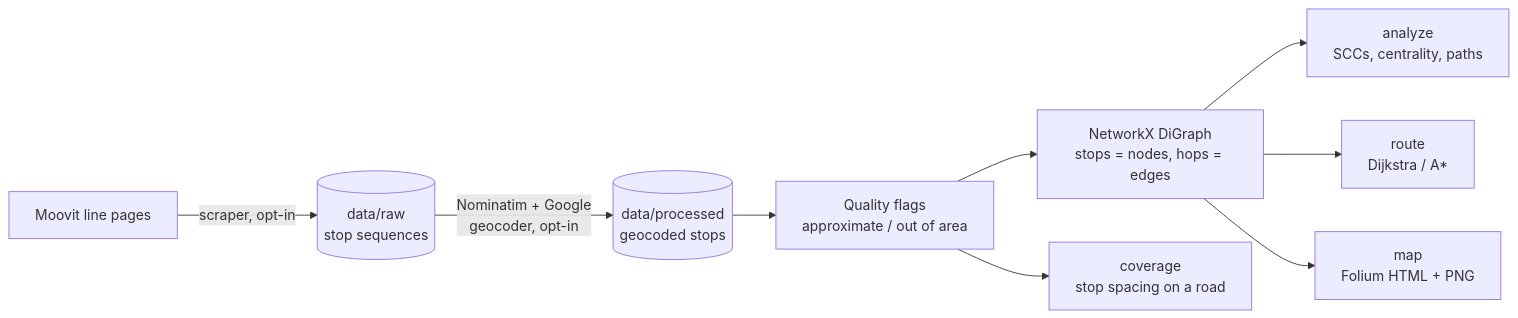
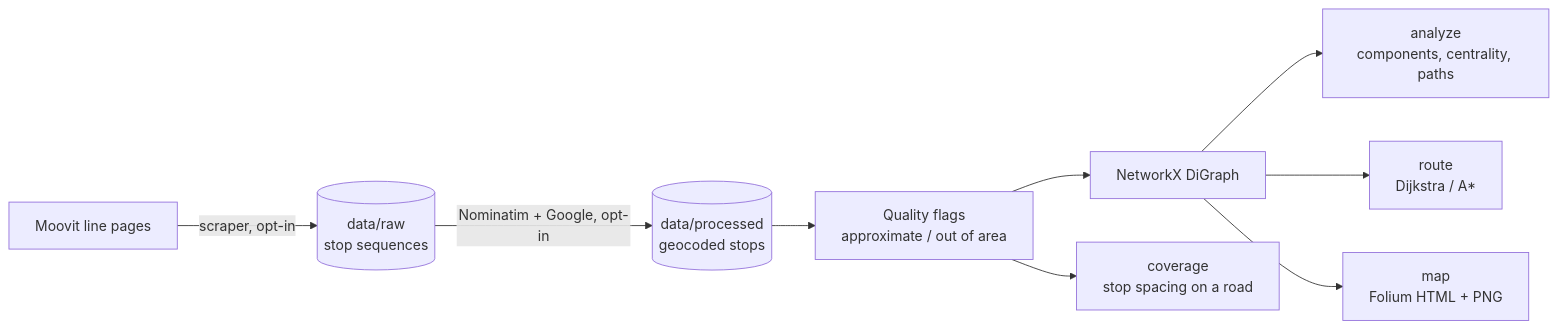
Before and after one commit to gcfialho/uerj-marica-transit-network: the diagram in README.md, drawn with Mermaid. The commit also changed other lines of this file, not shown here.

````diff
--- a/README.md
+++ b/README.md
@@ -26,11 +54,11 @@
 ```mermaid
 flowchart LR
     A[Moovit line pages] -->|scraper, opt-in| B[(data/raw<br/>stop sequences)]
-    B -->|Nominatim + Google<br/>geocoder, opt-in| C[(data/processed<br/>geocoded stops)]
+    B -->|Nominatim + Google, opt-in| C[(data/processed<br/>geocoded stops)]
     C --> D[Quality flags<br/>approximate / out of area]
-    D --> E[NetworkX DiGraph<br/>stops = nodes, hops = edges]
-    E --> F[analyze<br/>SCCs, centrality, paths]
+    D --> E[NetworkX DiGraph]
+    E --> F[analyze<br/>components, centrality, paths]
     E --> G[route<br/>Dijkstra / A*]
     D --> H[coverage<br/>stop spacing on a road]
     E --> I[map<br/>Folium HTML + PNG]
 ```
````
